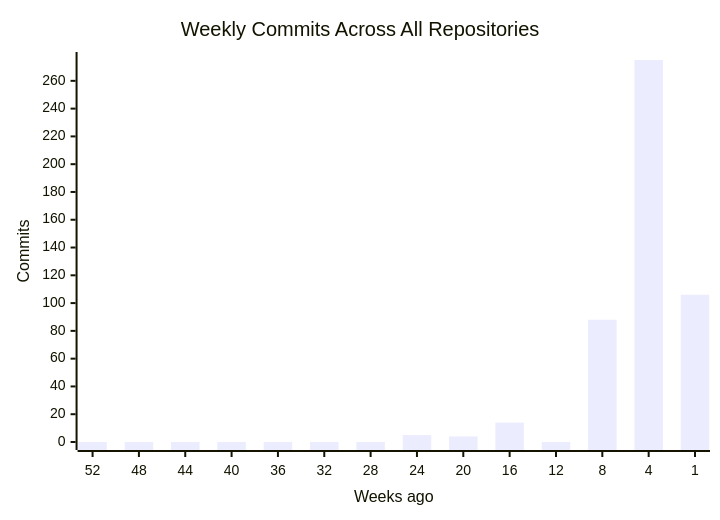
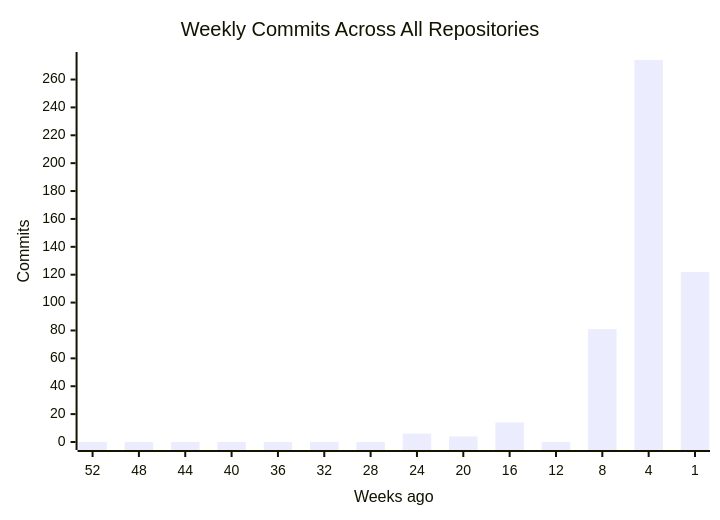
One commit to CSTH-Projects/.github changed the first of 4 diagrams in profile/README.md. Above: the diagram before and after it, drawn with Mermaid. The commit also changed other lines of this file, not shown here.

````diff
--- a/profile/README.md
+++ b/profile/README.md
@@ -16,7 +16,7 @@
 ```mermaid
 xychart-beta
     title "Weekly Commits Across All Repositories"
     x-axis "Weeks ago" [52, 48, 44, 40, 36, 32, 28, 24, 20, 16, 12, 8, 4, 1]
     y-axis "Commits"
-    bar [0, 0, 0, 0, 0, 0, 0, 5, 4, 14, 0, 88, 275, 106]
+    bar [0, 0, 0, 0, 0, 0, 0, 6, 4, 14, 0, 81, 274, 122]
 ```
````
